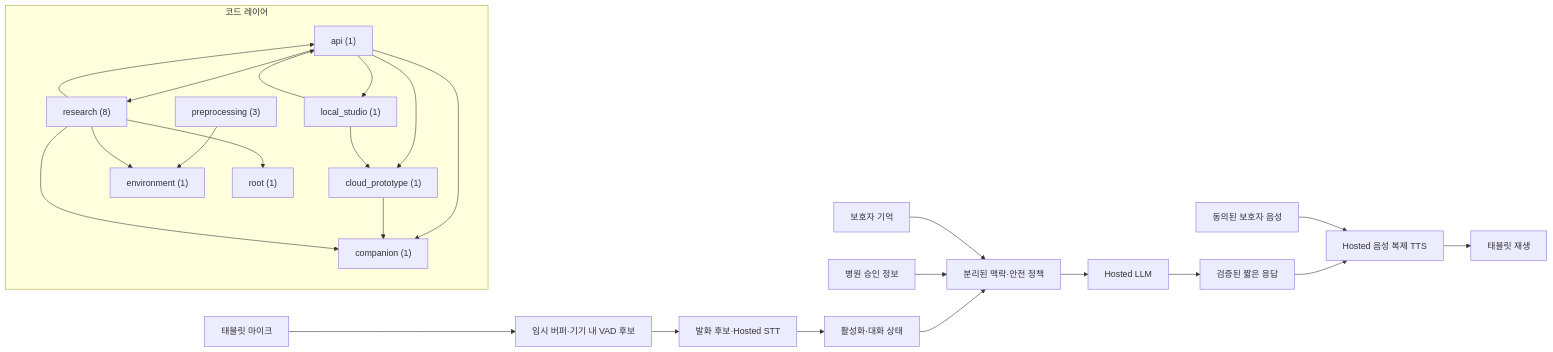
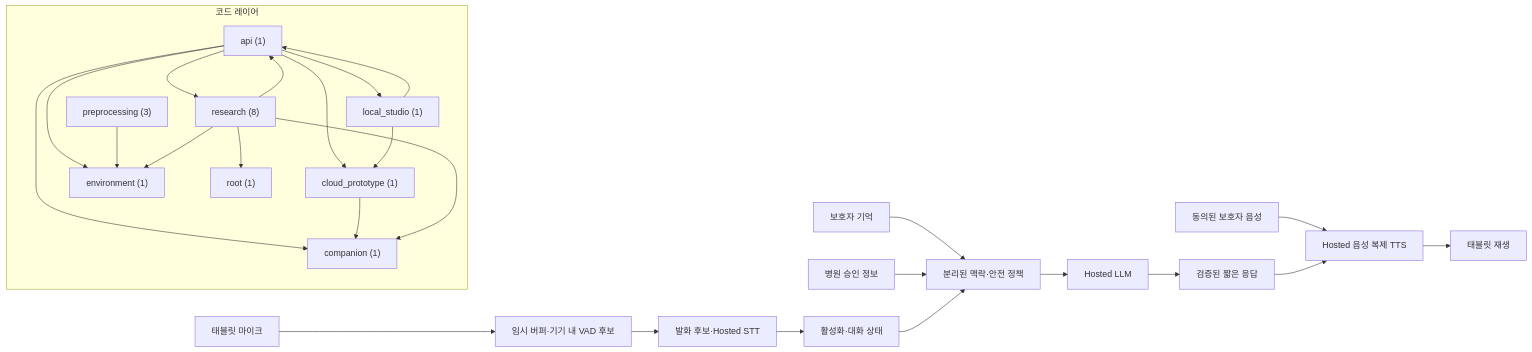
The diagram in architecture/generated/project-map.md (GracieRho/KoF5-TTS-delirium), drawn with Mermaid before and after one commit. The commit also changed other lines of this file and 7 other files, not shown here.

````diff
--- a/architecture/generated/project-map.md
+++ b/architecture/generated/project-map.md
@@ -5,37 +5,38 @@
 ```mermaid
 flowchart LR
   mic["태블릿 마이크"] --> vad["임시 버퍼·기기 내 VAD 후보"]
   vad --> stt["발화 후보·Hosted STT"]
   stt --> activation["활성화·대화 상태"]
   family["보호자 기억"] --> context["분리된 맥락·안전 정책"]
   hospital["병원 승인 정보"] --> context
   activation --> context
   context --> llm["Hosted LLM"]
   llm --> response["검증된 짧은 응답"]
   guardian["동의된 보호자 음성"] --> voice["Hosted 음성 복제 TTS"]
   response --> voice
   voice --> tablet["태블릿 재생"]
 
   subgraph code["코드 레이어"]
     layer_api["api (1)"]
     layer_cloud_prototype["cloud_prototype (1)"]
     layer_companion["companion (1)"]
     layer_environment["environment (1)"]
     layer_local_studio["local_studio (1)"]
     layer_preprocessing["preprocessing (3)"]
     layer_research["research (8)"]
     layer_root["root (1)"]
     layer_api --> layer_cloud_prototype
     layer_api --> layer_companion
+    layer_api --> layer_environment
     layer_api --> layer_local_studio
     layer_api --> layer_research
     layer_cloud_prototype --> layer_companion
     layer_local_studio --> layer_api
     layer_local_studio --> layer_cloud_prototype
     layer_preprocessing --> layer_environment
     layer_research --> layer_api
     layer_research --> layer_companion
     layer_research --> layer_environment
     layer_research --> layer_root
   end
 ```
````
